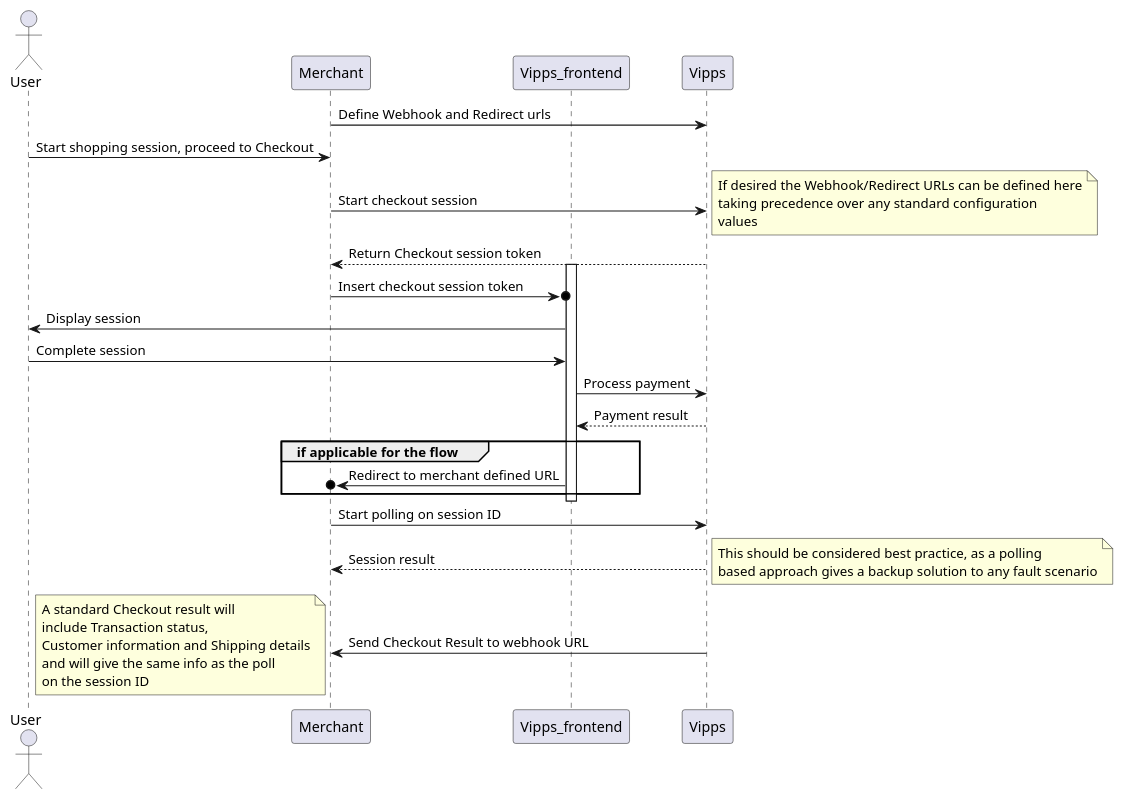
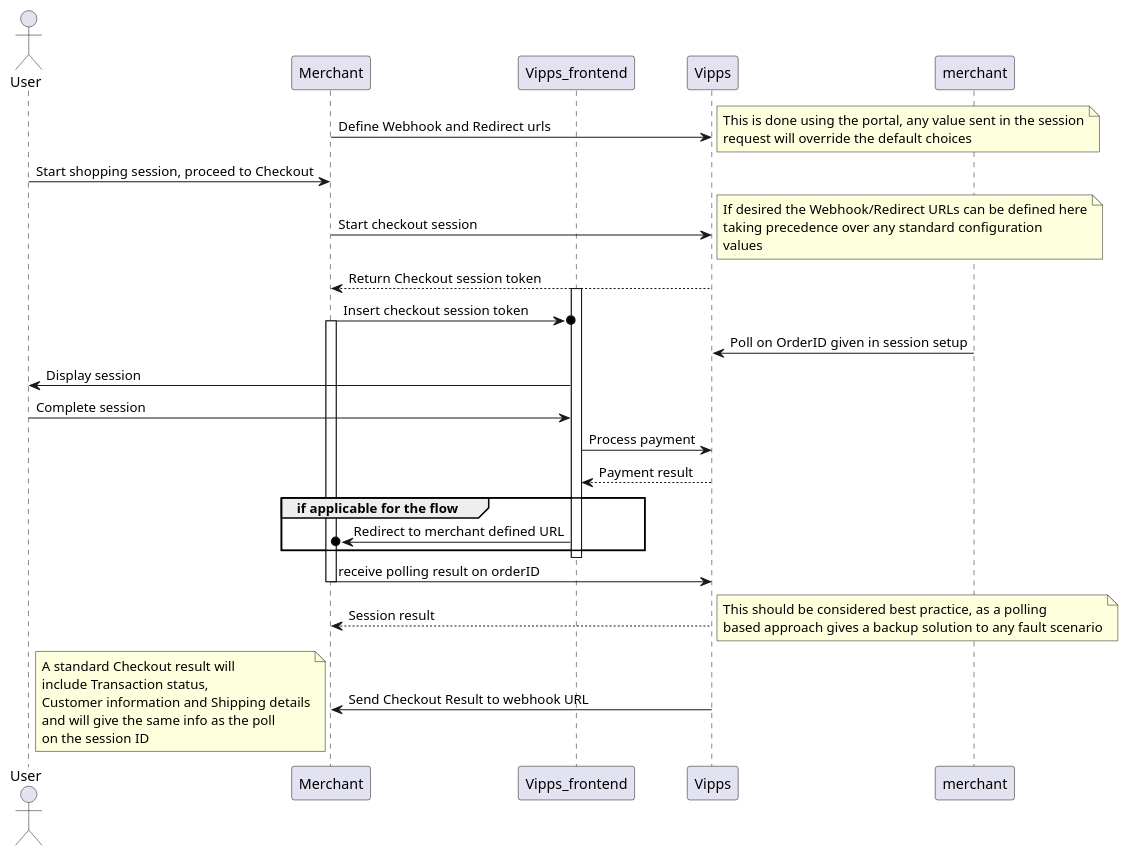
Before and after one commit to vippsas/vipps-checkout: the diagram in resources/standard_flow.puml, drawn with PlantUML. The commit also changed 2 other files, not shown here.

Commit message:
updated diagrams, added webhook example,

```diff
--- a/resources/standard_flow.puml
+++ b/resources/standard_flow.puml
@@ -1,53 +1,63 @@
 @startuml
 
 Actor User
 participant Merchant
 participant Vipps_frontend
 participant Vipps
 
 Merchant -> Vipps : Define Webhook and Redirect urls
+
+note right
+This is done using the portal, any value sent in the session
+request will override the default choices
+end note
 
 User -> Merchant : Start shopping session, proceed to Checkout
 Merchant -> Vipps : Start checkout session
 
 note right 
 If desired the Webhook/Redirect URLs can be defined here
 taking precedence over any standard configuration
 values  
 end note
 
 Vipps --> Merchant : Return Checkout session token
 activate Vipps_frontend
 Merchant ->o Vipps_frontend: Insert checkout session token
+
+activate Merchant
+merchant -> Vipps : Poll on OrderID given in session setup
 Vipps_frontend -> User : Display session
 User -> Vipps_frontend : Complete session
 Vipps_frontend -> Vipps : Process payment
 Vipps --> Vipps_frontend : Payment result
 
 group if applicable for the flow
 Vipps_frontend ->o Merchant : Redirect to merchant defined URL
 end
 deactivate Vipps_frontend
 
-Merchant -> Vipps: Start polling on session ID
+Merchant -> Vipps: receive polling result on orderID
+deactivate Merchant
+
 Vipps --> Merchant : Session result
 
 note right
 This should be considered best practice, as a polling
 based approach gives a backup solution to any fault scenario
 end note
 
 Vipps -> Merchant : Send Checkout Result to webhook URL
 
 note left
 A standard Checkout result will 
 include Transaction status,
 Customer information and Shipping details
 and will give the same info as the poll
 on the session ID
 end note
 
 deactivate Vipps_frontend
 
 
 @enduml
```
